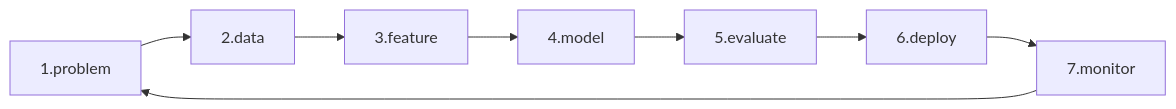
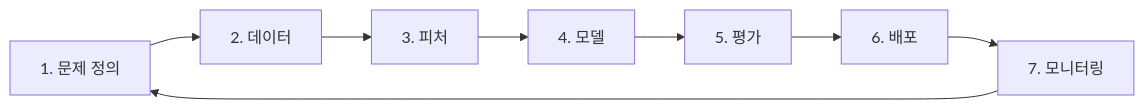
Before and after one commit to yeongseon-books/book-content: the diagram in content/machine-learning-101/ko/10-ml-project-workflow.md, drawn with Mermaid. The commit also changed other lines of this file and 6 other files, not shown here.

````diff
--- a/content/machine-learning-101/ko/10-ml-project-workflow.md
+++ b/content/machine-learning-101/ko/10-ml-project-workflow.md
@@ -33,10 +47,10 @@
 ```mermaid
 flowchart LR
-    P["1.problem"] --> D["2.data"]
-    D --> F["3.feature"]
-    F --> M["4.model"]
-    M --> E["5.evaluate"]
-    E --> Dep["6.deploy"]
-    Dep --> Mon["7.monitor"]
+    P["1. 문제 정의"] --> D["2. 데이터"]
+    D --> F["3. 피처"]
+    F --> M["4. 모델"]
+    M --> E["5. 평가"]
+    E --> Dep["6. 배포"]
+    Dep --> Mon["7. 모니터링"]
     Mon --> P
 ```
````
